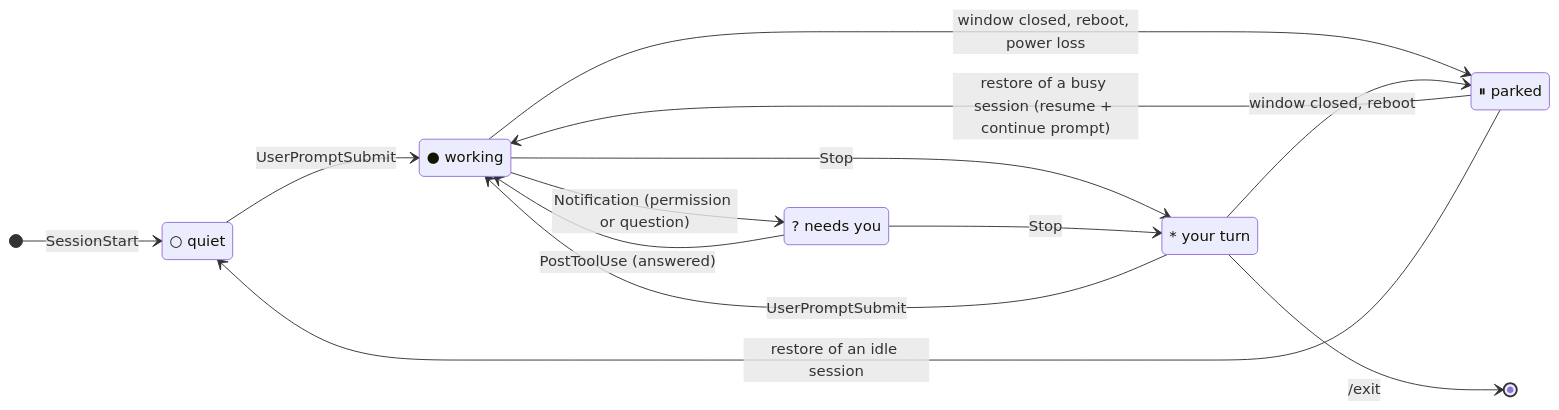
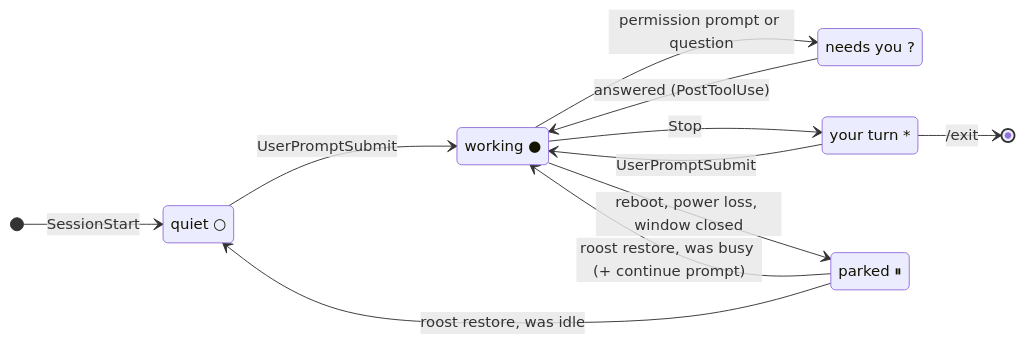
One commit to ExpectedArgument/roost changed the second of 2 diagrams in README.md. Above: the diagram before and after it, drawn with Mermaid. The commit also changed other lines of this file, not shown here.

Commit message:
README: fix the Mermaid diagrams
The state diagram showed "Unsupported markdown: list" instead of the
"* your turn" state (Mermaid reads a leading "* " as a list item); the
glyphs now follow the labels. The data-flow diagram is a single readable
loop (claude -> hook -> registry -> restore -> claude). Both checked with
Mermaid 11 in a browser.

Claude-Session: https://claude.ai/code/session_0171xxMFiwJo2TqSD98DgQ9r

````diff
--- a/README.md
+++ b/README.md
@@ -87,21 +82,19 @@
 ```mermaid
 stateDiagram-v2
     direction LR
-    state "○ quiet" as quiet
-    state "● working" as working
-    state "? needs you" as ask
-    state "* your turn" as turn
-    state "⏸ parked" as parked
+    state "quiet ○" as quiet
+    state "working ●" as working
+    state "needs you ?" as ask
+    state "your turn *" as turn
+    state "parked ⏸" as parked
     [*] --> quiet: SessionStart
     quiet --> working: UserPromptSubmit
+    working --> ask: permission prompt or question
+    ask --> working: answered (PostToolUse)
+    working --> turn: Stop
     turn --> working: UserPromptSubmit
-    working --> ask: Notification (permission or question)
-    ask --> working: PostToolUse (answered)
-    working --> turn: Stop
-    ask --> turn: Stop
-    working --> parked: window closed, reboot, power loss
-    turn --> parked: window closed, reboot
-    parked --> working: restore of a busy session (resume + continue prompt)
-    parked --> quiet: restore of an idle session
+    working --> parked: reboot, power loss, window closed
+    parked --> working: roost restore, was busy (+ continue prompt)
+    parked --> quiet: roost restore, was idle
     turn --> [*]: /exit
 ```
````
